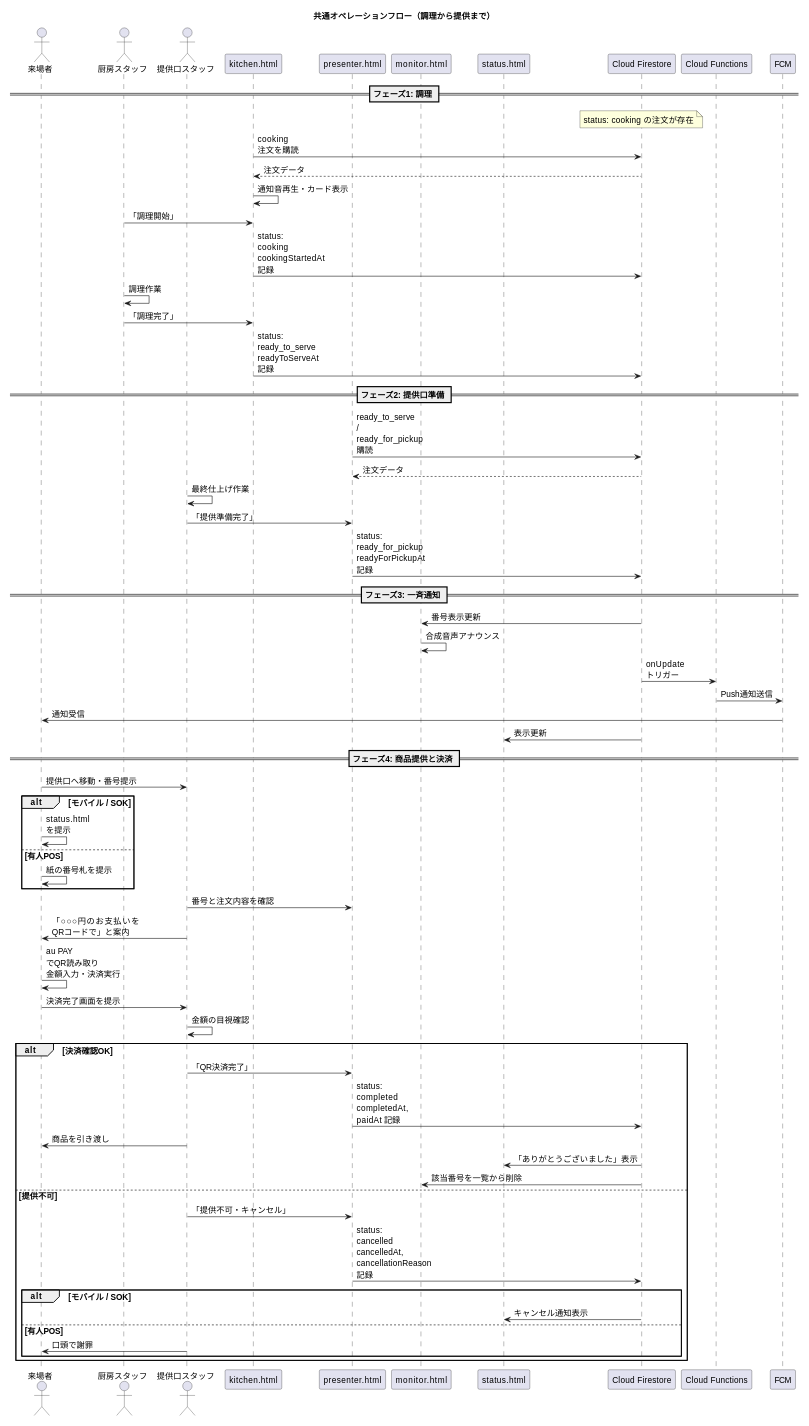
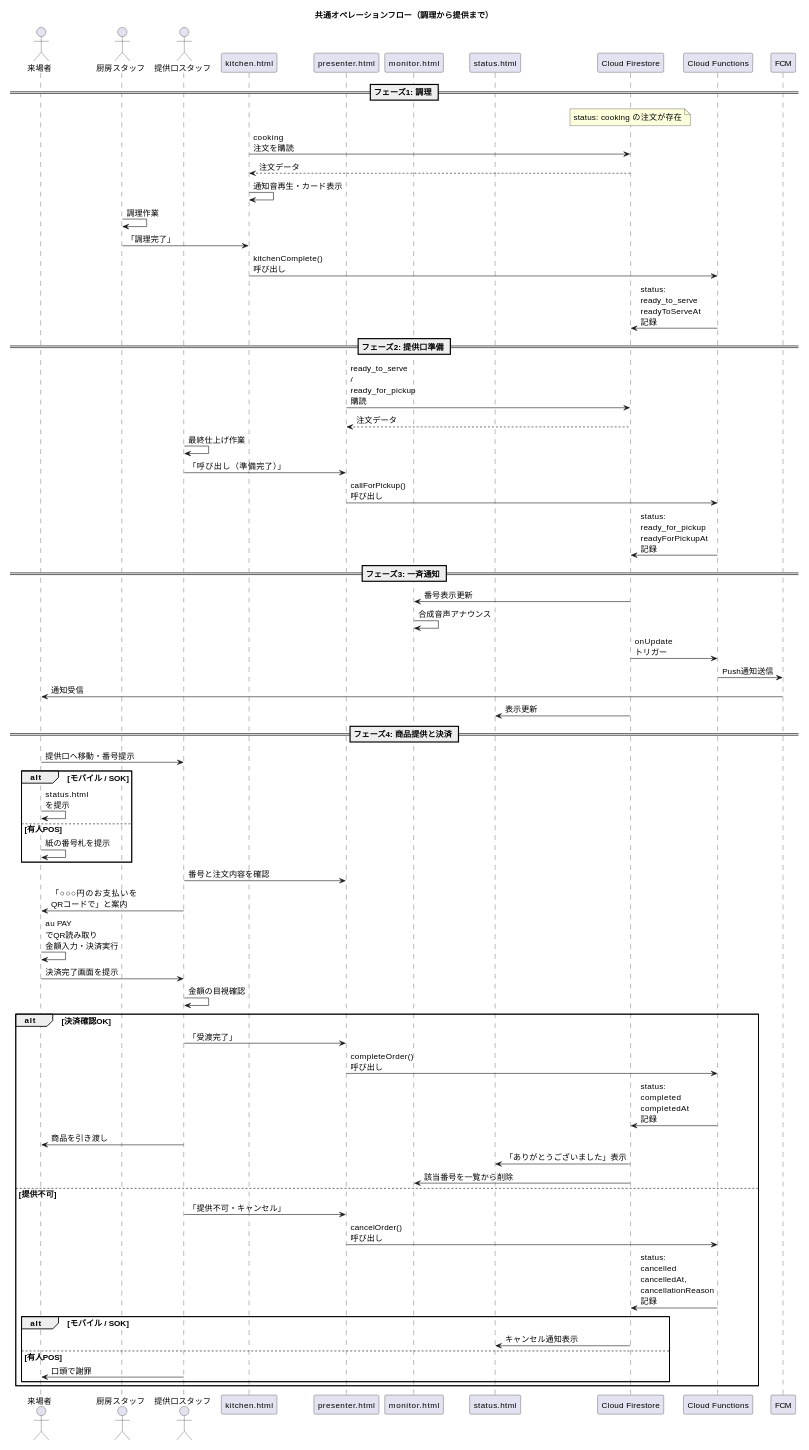
Before and after one commit to ynr-cs/nanryosai2026: diagram 14 of 17 in 設計図/南陵祭2026 POS・モバイルオーダーシステム 設計計画書.md, drawn with PlantUML. The commit also changed other lines of this file and 14 other files, not shown here.

```diff
--- a/設計図/南陵祭2026 POS・モバイルオーダーシステム 設計計画書.md
+++ b/設計図/南陵祭2026 POS・モバイルオーダーシステム 設計計画書.md
@@ -3605,13 +3593,11 @@
 Firestore --> Kitchen: 注文データ
 Kitchen -> Kitchen: 通知音再生・カード表示
 
-KitchenStaff -> Kitchen: 「調理開始」
-Kitchen -> Firestore: status: cooking\ncookingStartedAt 記録
-
 KitchenStaff -> KitchenStaff: 調理作業
 
 KitchenStaff -> Kitchen: 「調理完了」
-Kitchen -> Firestore: status: ready_to_serve\nreadyToServeAt 記録
+Kitchen -> Functions: kitchenComplete() 呼び出し
+Functions -> Firestore: status: ready_to_serve\nreadyToServeAt 記録
 
 == フェーズ2: 提供口準備 ==
 Presenter -> Firestore: ready_to_serve / ready_for_pickup 購読
@@ -3619,8 +3605,9 @@
 
 PresenterStaff -> PresenterStaff: 最終仕上げ作業
 
-PresenterStaff -> Presenter: 「提供準備完了」
-Presenter -> Firestore: status: ready_for_pickup\nreadyForPickupAt 記録
+PresenterStaff -> Presenter: 「呼び出し（準備完了）」
+Presenter -> Functions: callForPickup() 呼び出し
+Functions -> Firestore: status: ready_for_pickup\nreadyForPickupAt 記録
 
 == フェーズ3: 一斉通知 ==
 Firestore -> Monitor: 番号表示更新
@@ -3648,15 +3635,17 @@
 PresenterStaff -> PresenterStaff: 金額の目視確認
 
 alt 決済確認OK
-    PresenterStaff -> Presenter: 「QR決済完了」
-    Presenter -> Firestore: status: completed\ncompletedAt, paidAt 記録
+    PresenterStaff -> Presenter: 「受渡完了」
+    Presenter -> Functions: completeOrder() 呼び出し
+    Functions -> Firestore: status: completed\ncompletedAt 記録
     PresenterStaff -> Visitor: 商品を引き渡し
     Firestore -> Status: 「ありがとうございました」表示
     Firestore -> Monitor: 該当番号を一覧から削除
 else 提供不可
     PresenterStaff -> Presenter: 「提供不可・キャンセル」
-    Presenter -> Firestore: status: cancelled\ncancelledAt, cancellationReason 記録
-    
+    Presenter -> Functions: cancelOrder() 呼び出し
+    Functions -> Firestore: status: cancelled\ncancelledAt, cancellationReason 記録
+
     alt モバイル / SOK
         Firestore -> Status: キャンセル通知表示
     else 有人POS
```
